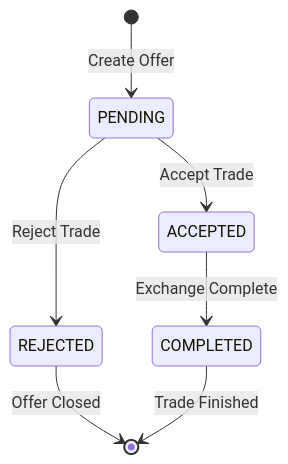
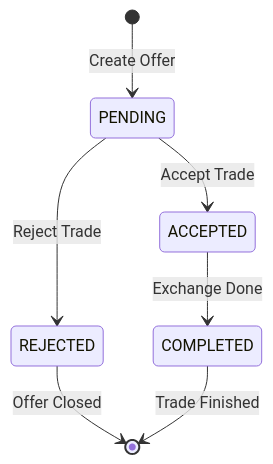
Before and after one commit to Radoslaw-Wolnik/plants-wiki: the sixth of 6 diagrams in MODELS.md, drawn with Mermaid. The commit also changed other lines of this file, not shown here.

````diff
--- a/MODELS.md
+++ b/MODELS.md
@@ -462,9 +258,9 @@
 ```mermaid
 stateDiagram-v2
     [*] --> PENDING: Create Offer
     PENDING --> ACCEPTED: Accept Trade
     PENDING --> REJECTED: Reject Trade
-    ACCEPTED --> COMPLETED: Exchange Complete
+    ACCEPTED --> COMPLETED: Exchange Done
     REJECTED --> [*]: Offer Closed
     COMPLETED --> [*]: Trade Finished
 ```
````
